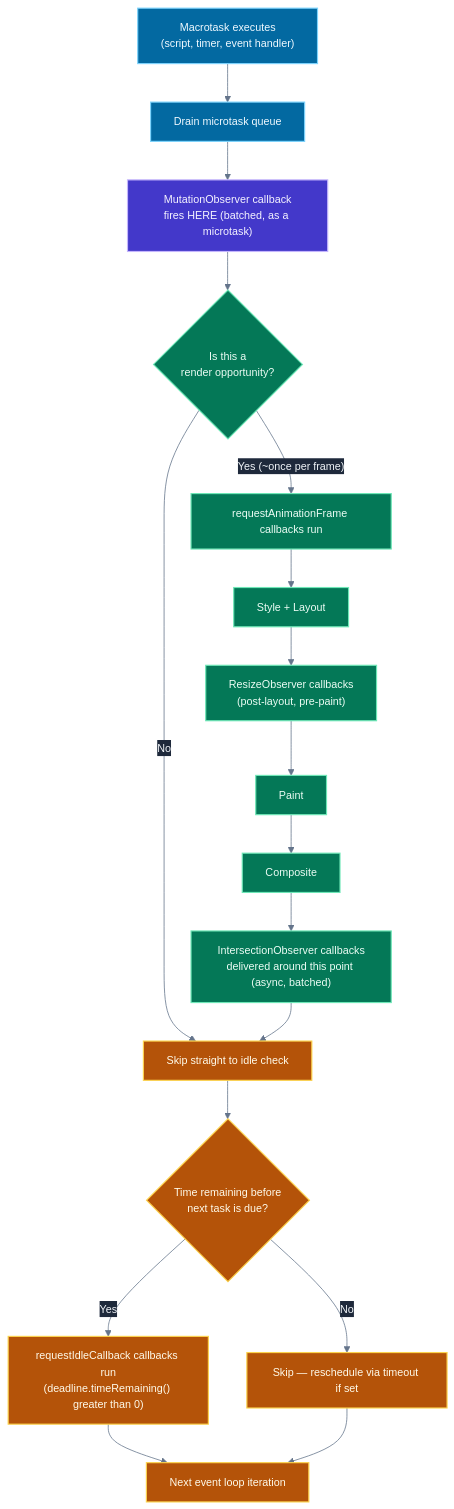
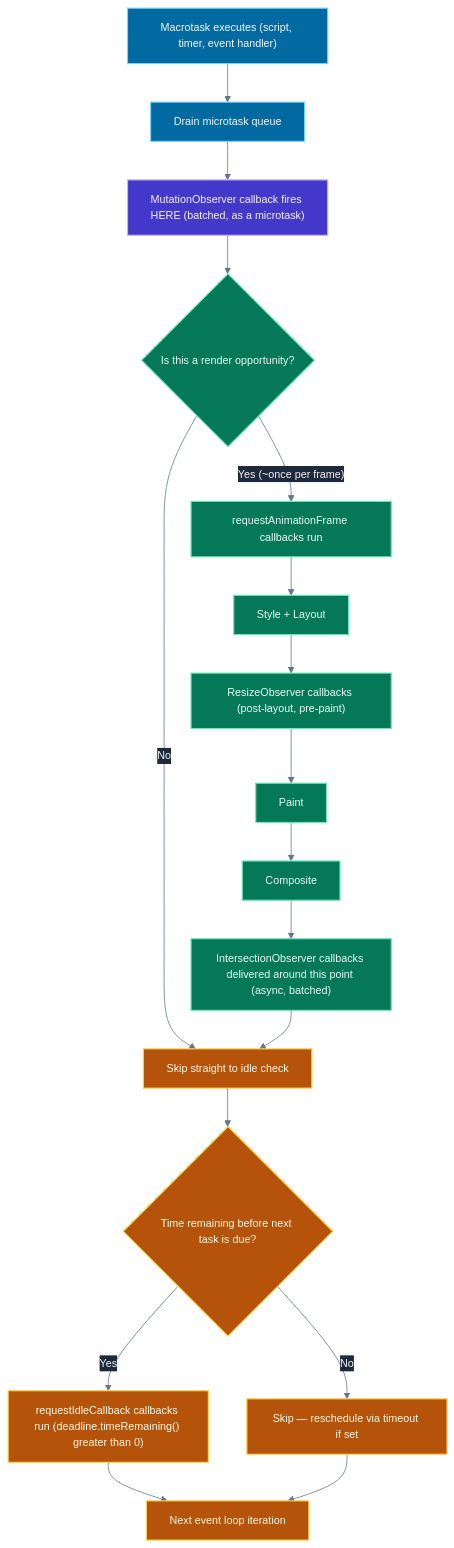
The second of 3 diagrams in data/topics/web-apis-advanced.md (vinayakhumberi/litmus), drawn with Mermaid before and after one commit. The commit also changed other lines of this file and 68 other files, not shown here.

````diff
--- a/data/topics/web-apis-advanced.md
+++ b/data/topics/web-apis-advanced.md
@@ -316,30 +316,30 @@
 ```mermaid
 %%{init: {"theme": "base", "themeVariables": {"background":"transparent","primaryColor":"#334155","primaryTextColor":"#f1f5f9","primaryBorderColor":"#64748b","lineColor":"#64748b","edgeLabelBackground":"#1e293b","textColor":"#f1f5f9","fontFamily":"\"Plus Jakarta Sans\", sans-serif","fontSize":"14px"}}}%%
 graph TD
-    A["Macrotask executes<br>(script, timer, event handler)"] --> B["Drain microtask queue"]
-    B --> C["MutationObserver callback<br>fires HERE (batched, as a microtask)"]
-    C --> D{"Is this a<br>render opportunity?"}
+    A["Macrotask executes (script, timer, event handler)"] --> B["Drain microtask queue"]
+    B --> C["MutationObserver callback fires HERE (batched, as a microtask)"]
+    C --> D{"Is this a render opportunity?"}
     D -- "Yes (~once per frame)" --> E["requestAnimationFrame callbacks run"]
     E --> F["Style + Layout"]
-    F --> F2["ResizeObserver callbacks<br>(post-layout, pre-paint)"]
+    F --> F2["ResizeObserver callbacks (post-layout, pre-paint)"]
     F2 --> H["Paint"]
     H --> I["Composite"]
-    I --> J["IntersectionObserver callbacks<br>delivered around this point (async, batched)"]
+    I --> J["IntersectionObserver callbacks delivered around this point (async, batched)"]
     D -- "No" --> K["Skip straight to idle check"]
     J --> K
-    K --> L{"Time remaining before<br>next task is due?"}
-    L -- "Yes" --> M["requestIdleCallback callbacks run<br>(deadline.timeRemaining() greater than 0)"]
+    K --> L{"Time remaining before next task is due?"}
+    L -- "Yes" --> M["requestIdleCallback callbacks run (deadline.timeRemaining() greater than 0)"]
     L -- "No" --> N["Skip — reschedule via timeout if set"]
     M --> O["Next event loop iteration"]
     N --> O
 
     classDef task fill:#0369a1,stroke:#7dd3fc,color:#f0f9ff,stroke-width:1.5px;
     classDef micro fill:#4338ca,stroke:#c4b5fd,color:#f5f3ff,stroke-width:1.5px;
     classDef render fill:#047857,stroke:#6ee7b7,color:#ecfdf5,stroke-width:1.5px;
     classDef idle fill:#b45309,stroke:#fcd34d,color:#fffbeb,stroke-width:1.5px;
 
     class A,B task;
     class C micro;
     class D,E,F,F2,H,I,J render;
     class K,L,M,N,O idle;
 ```
````
